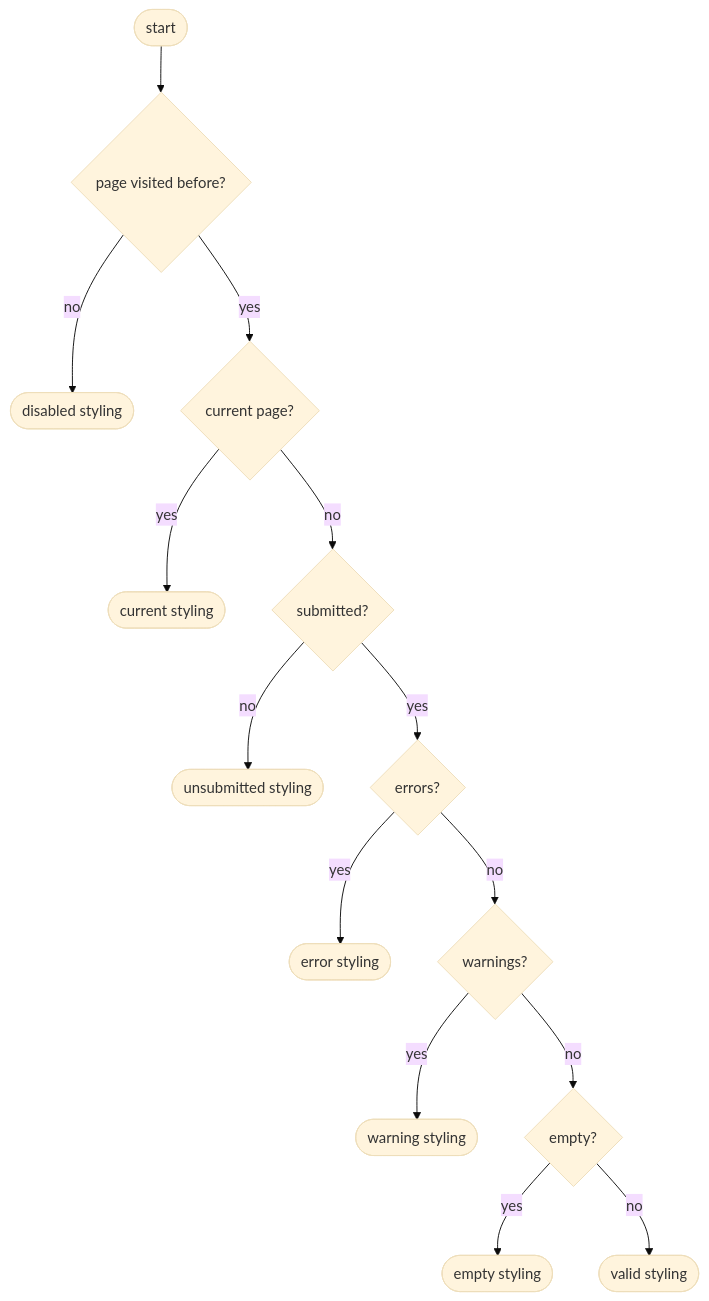
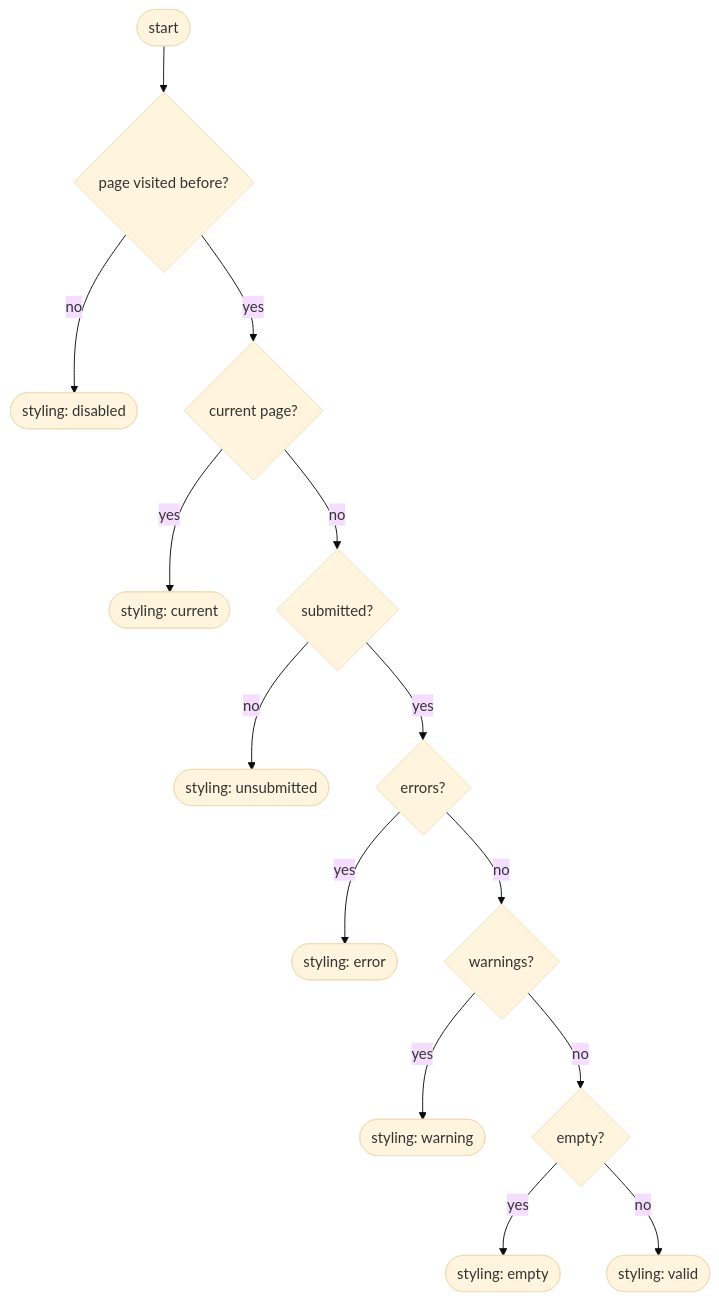
One commit to kiesraad/abacus changed the first of 4 diagrams in documentatie/flowcharts/data-entry-forms.md. Above: the diagram before and after it, drawn with Mermaid (base theme).

Commit message:
improves wording of navigation menu flowchart

````diff
--- a/documentatie/flowcharts/data-entry-forms.md
+++ b/documentatie/flowcharts/data-entry-forms.md
@@ -16,37 +16,37 @@
 ```mermaid
 flowchart TD
     %% elements
     flow-start([start])
 
-    disabled-styling([disabled styling])
-    current-styling([current styling])
-    unsubmitted-styling([unsubmitted styling])
-    error-styling([error styling])
-    warning-styling([warning styling])
-    empty-styling([empty styling])
-    green-check-styling([valid styling])
+    styling-disabled([styling: disabled])
+    styling-current([styling: current])
+    styling-unsubmitted([styling: unsubmitted])
+    styling-error([styling: error])
+    styling-warning([styling: warning])
+    styling-empty([styling: empty])
+    styling-valid([styling: valid])
 
     page-visited{page visited before?}
     current-page{current page?}
     submitted{submitted?}
 
     errors{errors?}
     warnings{warnings?}
     empty{empty?}
 
     %% flow
     flow-start --> page-visited
-    page-visited -- no --> disabled-styling
+    page-visited -- no --> styling-disabled
     page-visited -- yes --> current-page
-    current-page -- yes --> current-styling
+    current-page -- yes --> styling-current
     current-page -- no --> submitted
-    submitted -- no --> unsubmitted-styling
+    submitted -- no --> styling-unsubmitted
     submitted -- yes --> errors
-    errors -- yes --> error-styling
+    errors -- yes --> styling-error
     errors -- no --> warnings
-    warnings -- yes --> warning-styling
+    warnings -- yes --> styling-warning
     warnings -- no --> empty
-    empty -- yes --> empty-styling
-    empty -- no --> green-check-styling
+    empty -- yes --> styling-empty
+    empty -- no --> styling-valid
 
 ```
````
